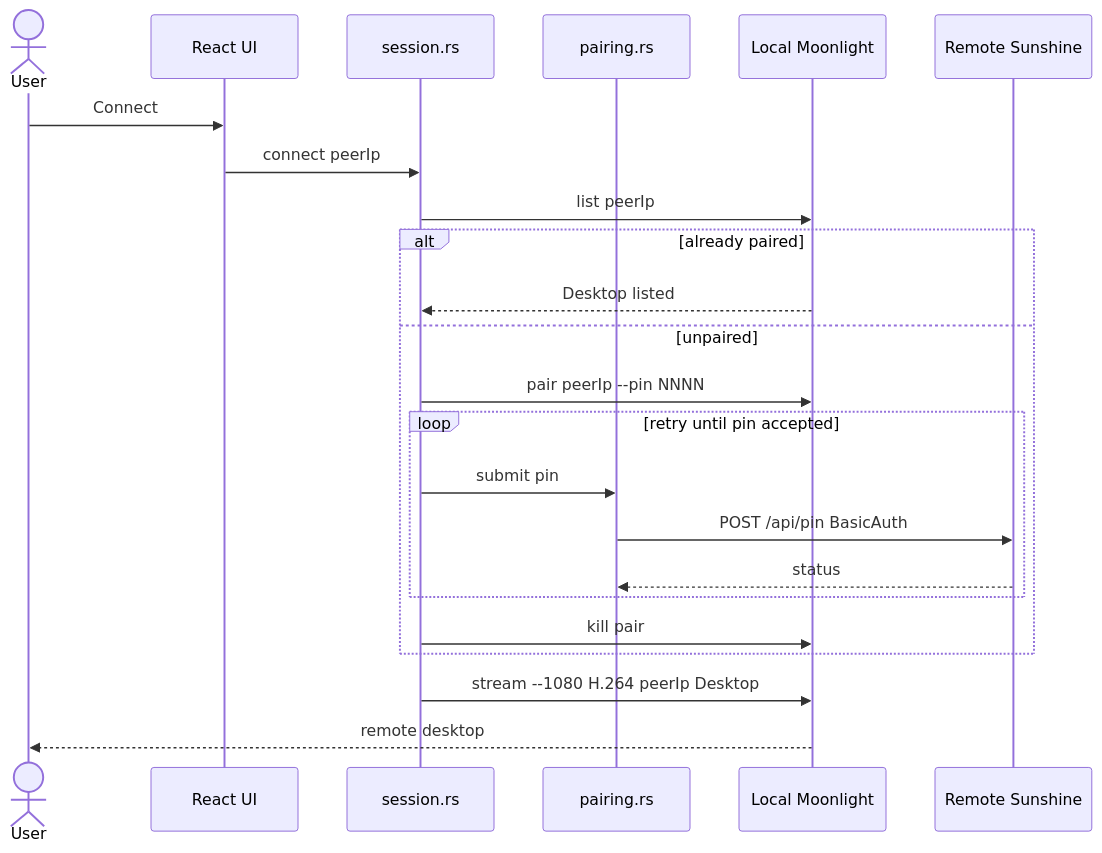
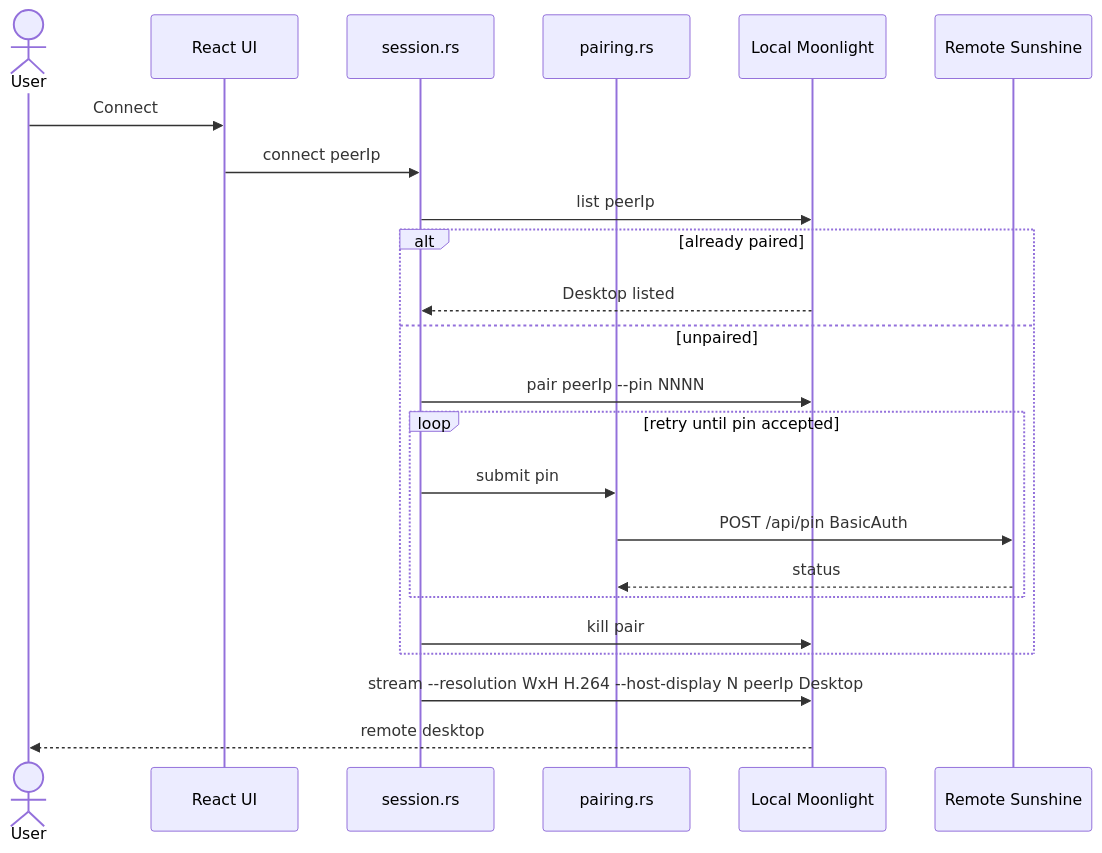
One commit to xy-zak/Eclipse changed the second of 3 diagrams in docs/Architecture_Specification.md. Above: the diagram before and after it, drawn with Mermaid. The commit also changed other lines of this file and 96 other files, not shown here.

First line of the commit message:
Add local packaging, inbound host session UI, and multi-display streams.

````diff
--- a/docs/Architecture_Specification.md
+++ b/docs/Architecture_Specification.md
@@ -169,25 +191,25 @@
 ```mermaid
 sequenceDiagram
   actor User
   participant UI as React UI
   participant Session as session.rs
   participant Pair as pairing.rs
   participant Moon as Local Moonlight
   participant Sun as Remote Sunshine
   User->>UI: Connect
   UI->>Session: connect peerIp
   Session->>Moon: list peerIp
   alt already paired
     Moon-->>Session: Desktop listed
   else unpaired
     Session->>Moon: pair peerIp --pin NNNN
     loop retry until pin accepted
       Session->>Pair: submit pin
       Pair->>Sun: POST /api/pin BasicAuth
       Sun-->>Pair: status
     end
     Session->>Moon: kill pair
   end
-  Session->>Moon: stream --1080 H.264 peerIp Desktop
+  Session->>Moon: stream --resolution WxH H.264 --host-display N peerIp Desktop
   Moon-->>User: remote desktop
 ```
````
